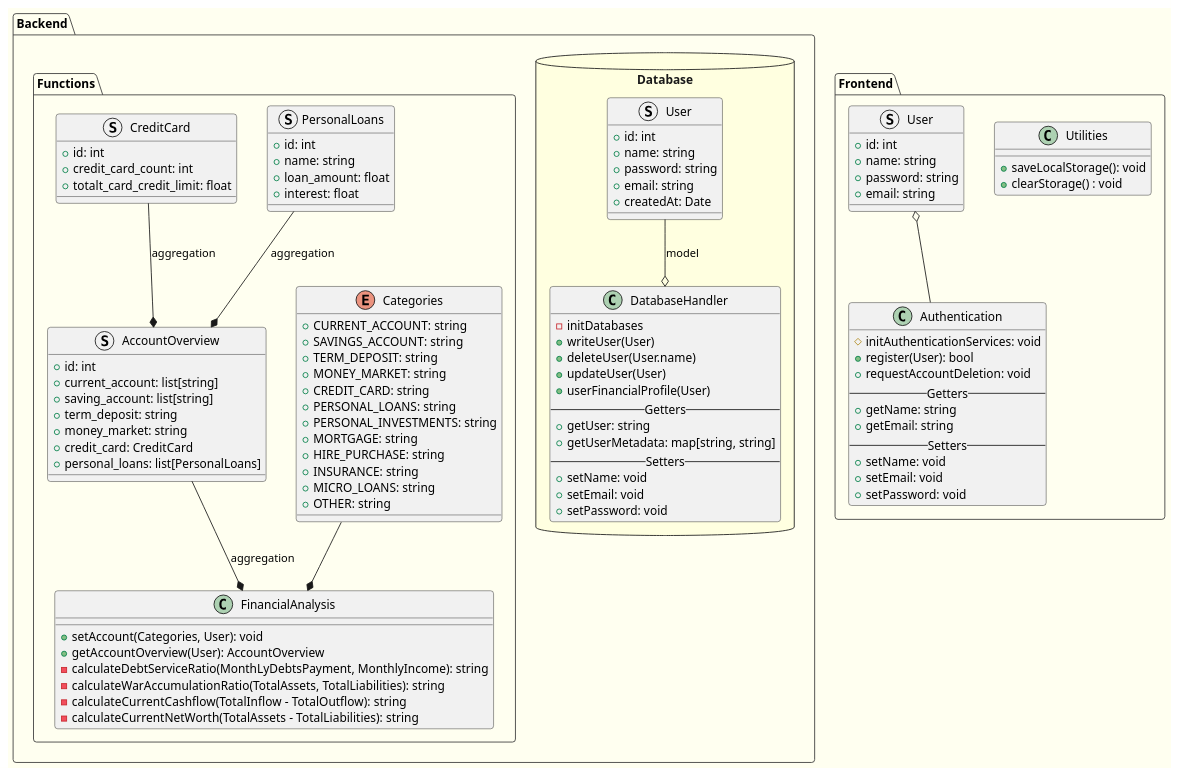
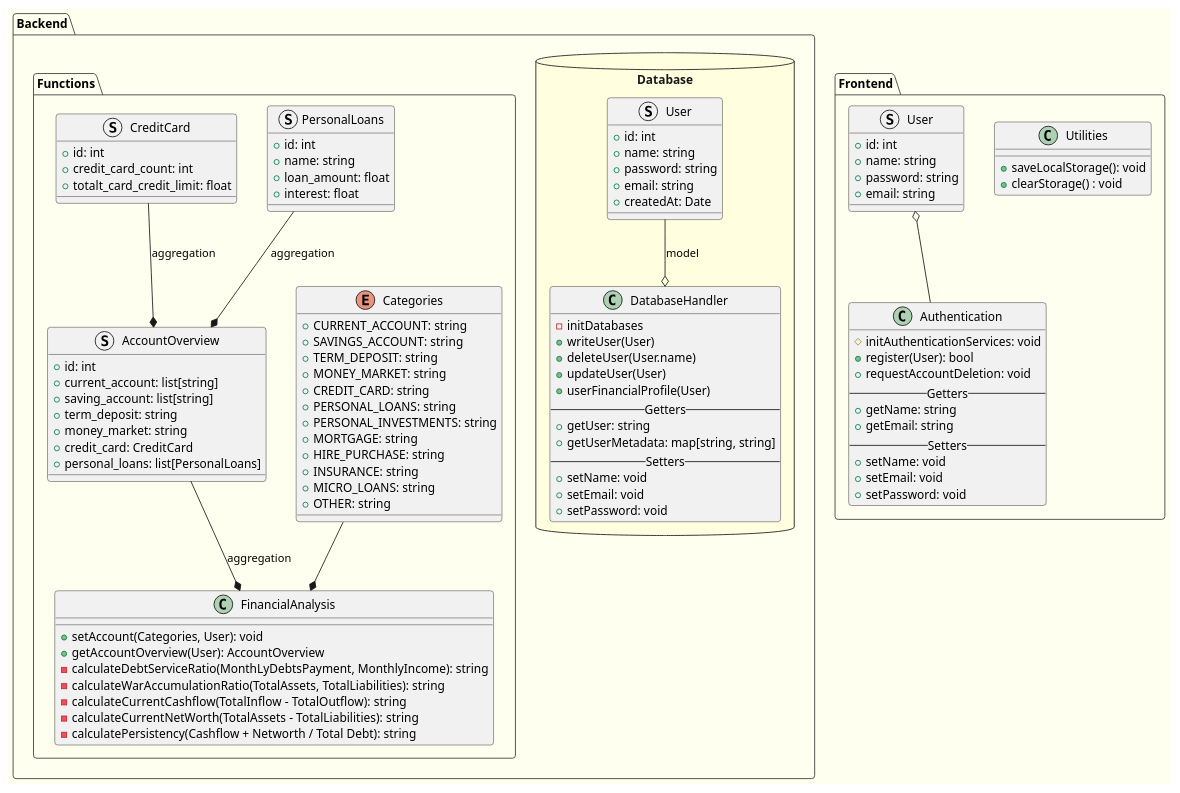
The diagram in PayNetHackathonArchitecture/LOGIC_COMPONENTS.puml (ctkqiang/PayNetHackathon), drawn with PlantUML before and after one commit. The commit also changed 2 other files, not shown here.

Commit message:
feat: Update README with project overview, structure, and diagrams
- Added project overview and key features of Paynet PFM.
- Updated project structure section to include backend, frontend, and documentation details.
- Provided links to backend and frontend setup guides for easy access.
- Added diagrams section with references to the App Flow and Logic Components diagrams.
- Included team information and contributing guidelines.

This update improves documentation clarity for new contributors and team members.

refer Issue #4

```diff
--- a/PayNetHackathonArchitecture/LOGIC_COMPONENTS.puml
+++ b/PayNetHackathonArchitecture/LOGIC_COMPONENTS.puml
@@ -1,135 +1,136 @@
 @startuml Logic Components
 
 !theme mars
 
 skinparam handwritten false
 skinparam shadowing false
 skinparam backgroundColor #FFFFF0
 
 package Backend {
     package Database <<Database>> #LightYellow {
         class DatabaseHandler {
             - initDatabases
             + writeUser(User)
             + deleteUser(User.name)
             + updateUser(User)
             + userFinancialProfile(User)
             --Getters--
             + getUser: string
             + getUserMetadata: map[string, string]
             --Setters--
             + setName: void
             + setEmail: void
             + setPassword: void
         }
 
         struct User {
             + id: int
             + name: string
             + password: string
             + email: string
             + createdAt: Date
         }
     }
 
     package Functions {
         enum Categories {
             + CURRENT_ACCOUNT: string
             + SAVINGS_ACCOUNT: string
             + TERM_DEPOSIT: string
             + MONEY_MARKET: string
             + CREDIT_CARD: string
             + PERSONAL_LOANS: string
             + PERSONAL_INVESTMENTS: string
             + MORTGAGE: string
             + HIRE_PURCHASE: string
             + INSURANCE: string
             + MICRO_LOANS: string
             + OTHER: string
         }
 
         struct AccountOverview {
             + id: int
             + current_account: list[string]
             + saving_account: list[string]
             + term_deposit: string
             + money_market: string
             + credit_card: CreditCard
             + personal_loans: list[PersonalLoans]
         }
 
         struct PersonalLoans {
             + id: int
             + name: string
             + loan_amount: float
             + interest: float
         }
 
         struct CreditCard {
             + id: int
             + credit_card_count: int
             + totalt_card_credit_limit: float
         }
 
         class FinancialAnalysis {
             + setAccount(Categories, User): void
             + getAccountOverview(User): AccountOverview
             - calculateDebtServiceRatio(MonthLyDebtsPayment, MonthlyIncome): string 
             - calculateWarAccumulationRatio(TotalAssets, TotalLiabilities): string
             - calculateCurrentCashflow(TotalInflow - TotalOutflow): string
             - calculateCurrentNetWorth(TotalAssets - TotalLiabilities): string
+            - calculatePersistency(Cashflow + Networth / Total Debt): string
         }
     }
 
     ' note bottom of calculateDebtServiceRatio
     '     Debt Service Ratio (DSR):
     '     This method calculates the Debt Service Ratio based on monthly debt payments and income.
     '     It returns a string representing the DSR value.
 
     '     Summary of DSR Interpretations:
     '     - <&lt; 30% &gt;: Healthy, low risk, strong financial position (Good)
     '     - <&lt; 30% - 40% &gt;: Manageable, generally acceptable (Neutral/Acceptable)
     '     - <&lt; > 40% &gt;: Higher debt load, increased financial strain (Risky/Bad)
     '     - <&lt; > 50% &gt;: Financially overburdened, high risk (Very Bad)
     ' end note
 
     User --o DatabaseHandler :model
     Categories --* FinancialAnalysis
 
     AccountOverview --* FinancialAnalysis :aggregation
     CreditCard --* AccountOverview :aggregation
     PersonalLoans --* AccountOverview :aggregation
 
     ' Functions --o Database: Align
 }
 
 package Frontend {
     class Authentication {
         # initAuthenticationServices: void
         + register(User): bool
         + requestAccountDeletion: void
         --Getters--
         + getName: string
         + getEmail: string
         --Setters--
         + setName: void
         + setEmail: void
         + setPassword: void
     }
 
     class Utilities {
         + saveLocalStorage(): void
         + clearStorage() : void
     }
 
     struct User {
         + id: int
         + name: string
         + password: string 
         + email: string
     }
 
     User o-- Authentication
 }
 
 @enduml
```
